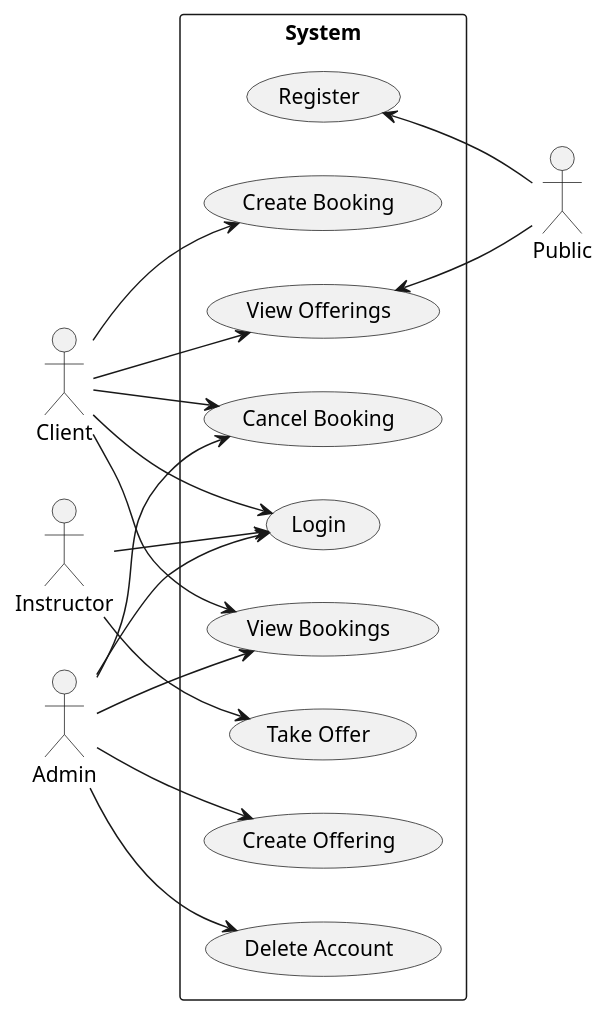
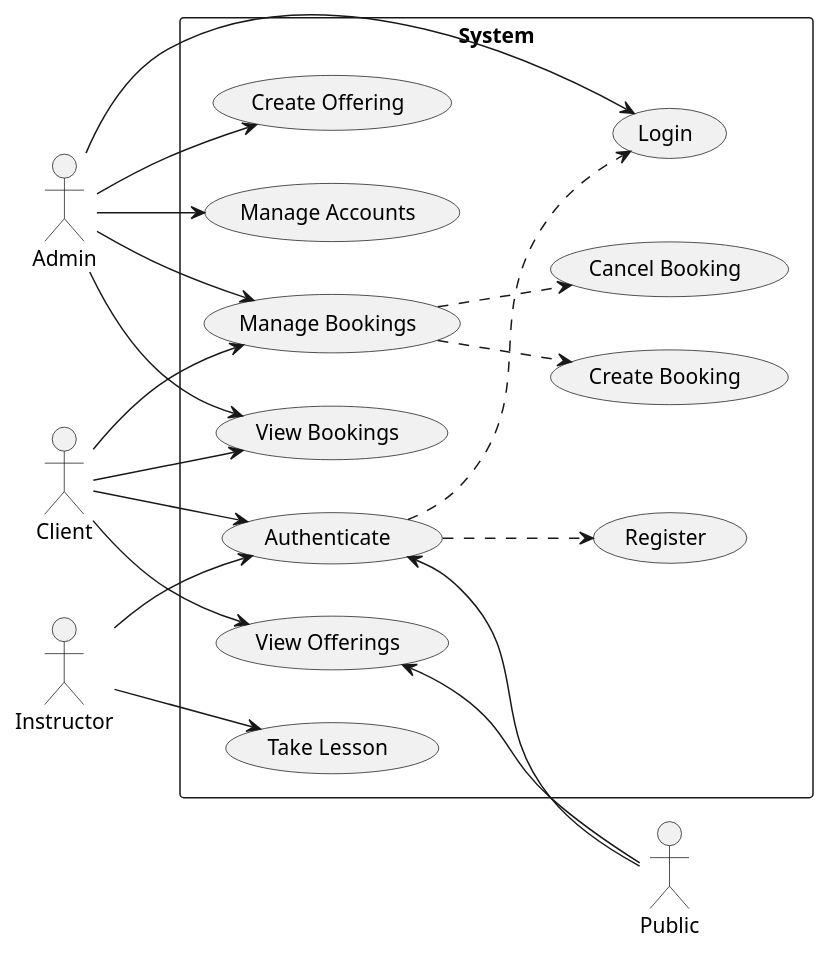
One commit to NathanGrenier/SOEN-342-Project changed the diagram in diagrams/src/use-case-diagram.pu. Above: the diagram before and after it, drawn with PlantUML.

Commit message:
2: added related use cases

```diff
--- a/diagrams/src/use-case-diagram.pu
+++ b/diagrams/src/use-case-diagram.pu
@@ -1,41 +1,46 @@
 @startuml Use Case Diagram
 left to right direction
 ' skinparam linetype ortho
 
 
 actor Public
 actor Client
 actor Instructor
 actor Admin
 
 rectangle System {
     usecase "Register" as Register
-    usecase "Take Offer" as TakeOffer
+    usecase "Take Lesson" as TakeOffer
     usecase "View Offerings" as ViewOfferings
     usecase "Login" as Login
     usecase "Create Booking" as CreateBooking
     usecase "Cancel Booking" as CancelBooking
+    usecase "Authenticate" as Auth
     usecase "View Bookings" as ViewBookings
-    usecase "Cancel Booking" as CancelBooking
-    usecase "Delete Account" as DeleteAccount
+    usecase "Manage Accounts" as ManageAccount
     usecase "Create Offering" as CreateOffer
+    usecase "Manage Bookings" as ManageBooking
 }
 
 ViewOfferings <-- Public
-Register <-- Public
+Auth <-- Public
+Client --> ManageBooking
+Client --> Auth
+Client --> ViewOfferings
+Client --> ViewBookings
 
-Client --> Login
-Client --> ViewOfferings
-Client --> CreateBooking
-Client --> ViewBookings
-Client --> CancelBooking
+ManageBooking ..> CreateBooking
+ManageBooking ..> CancelBooking
 
-Instructor --> Login
+Auth ..> Login
+Auth ..> Register
+
+Instructor --> Auth 
 Instructor --> TakeOffer
 
 Admin --> Login
 Admin --> CreateOffer
-Admin --> DeleteAccount
+Admin --> ManageAccount
 Admin --> ViewBookings
-Admin --> CancelBooking
+Admin --> ManageBooking
 @enduml
```
